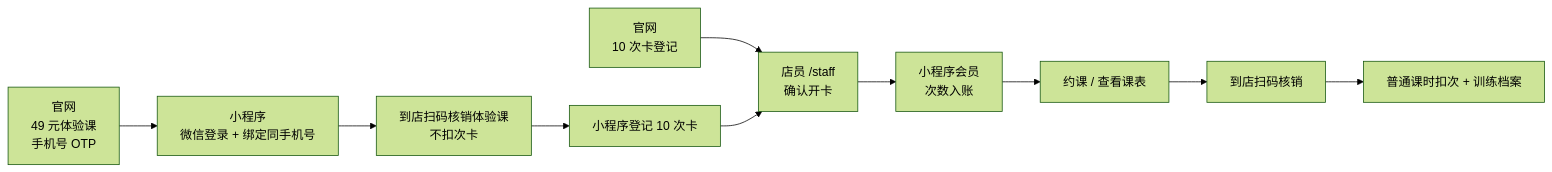
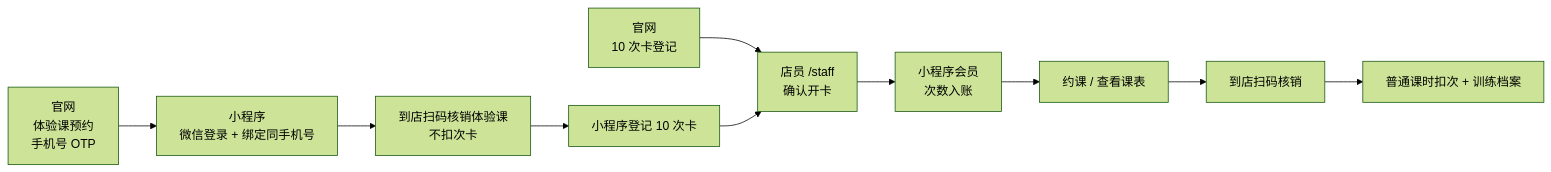
Before and after one commit to keleau/volt-gym: the first of 2 diagrams in README.md, drawn with Mermaid (forest theme). The commit also changed other lines of this file and 14 other files, not shown here.

````diff
--- a/README.md
+++ b/README.md
@@ -22,12 +46,12 @@
 ```mermaid
 flowchart LR
-  T1[官网<br/>49 元体验课<br/>手机号 OTP] --> T2[小程序<br/>微信登录 + 绑定同手机号]
+  T1[官网<br/>体验课预约<br/>手机号 OTP] --> T2[小程序<br/>微信登录 + 绑定同手机号]
   T2 --> T3[到店扫码核销体验课<br/>不扣次卡]
   T3 --> T4[小程序登记 10 次卡]
   M1[官网<br/>10 次卡登记] --> B[店员 /staff<br/>确认开卡]
   T4 --> B
   B --> C[小程序会员<br/>次数入账]
   C --> D[约课 / 查看课表]
   D --> E[到店扫码核销]
   E --> F[普通课时扣次 + 训练档案]
 ```
````
